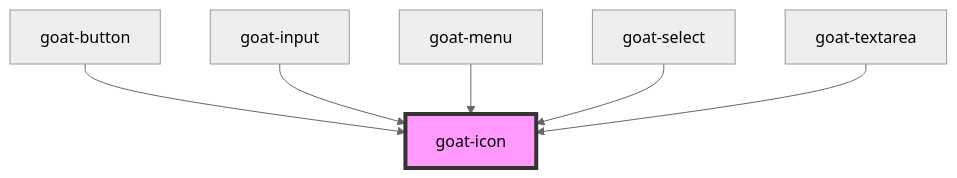
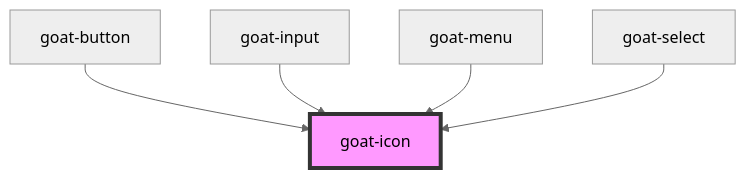
The diagram in src/components/content/icon/readme.md (goatui/components), drawn with Mermaid (neutral theme) before and after one commit. The commit also changed other lines of this file and 55 other files, not shown here.

````diff
--- a/src/components/content/icon/readme.md
+++ b/src/components/content/icon/readme.md
@@ -28,9 +27,8 @@
 ```mermaid
 graph TD;
   goat-button --> goat-icon
   goat-input --> goat-icon
   goat-menu --> goat-icon
   goat-select --> goat-icon
-  goat-textarea --> goat-icon
   style goat-icon fill:#f9f,stroke:#333,stroke-width:4px
 ```
````
